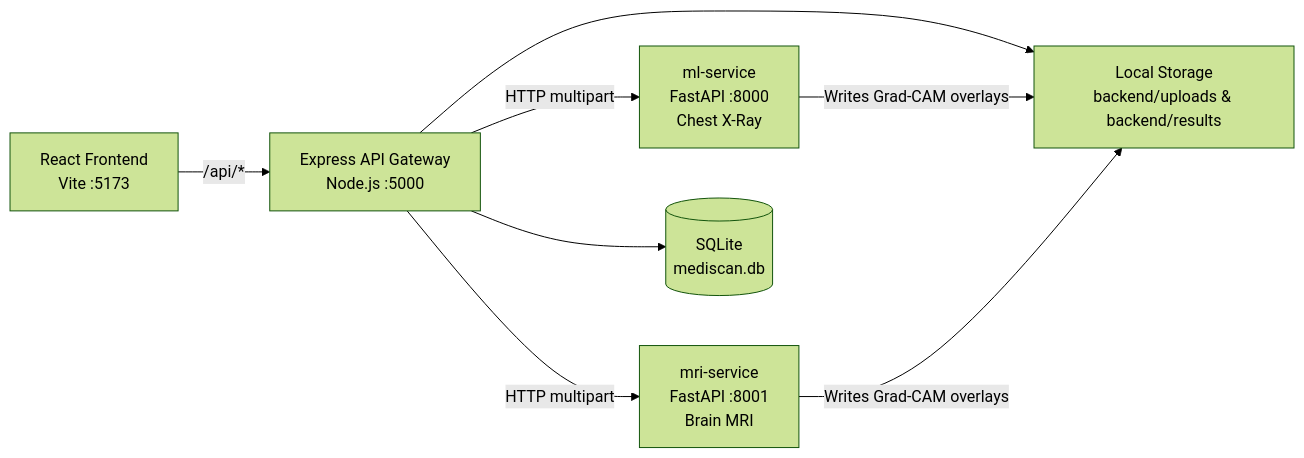
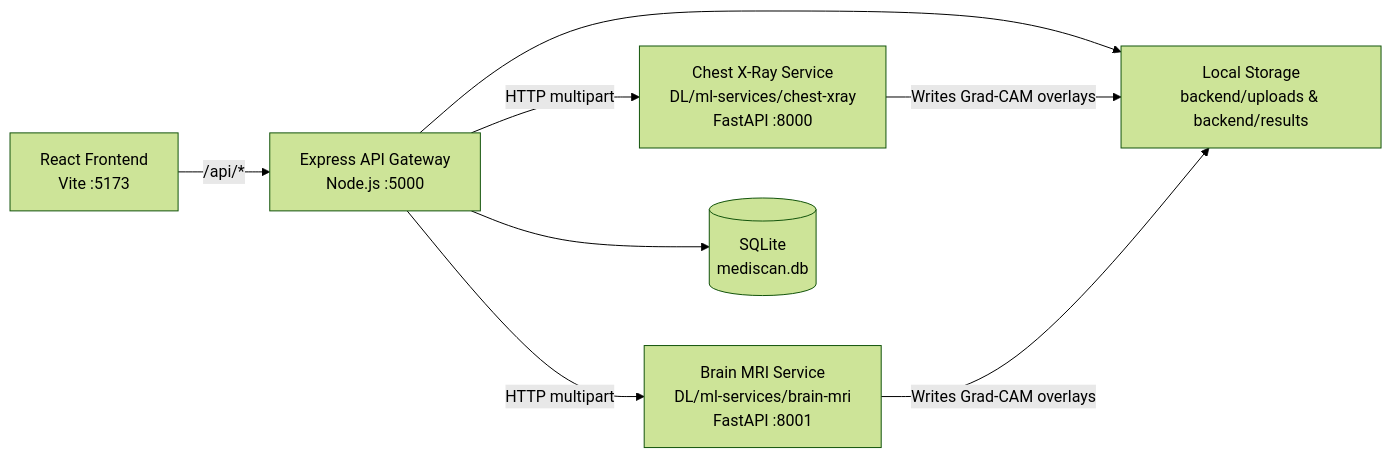
The first of 2 diagrams in README.md (swappy999/MEDISCAN-AI), drawn with Mermaid (forest theme) before and after one commit. The commit also changed other lines of this file and 394 other files, not shown here.

Commit message:
Restructure repository into modular backend, DL, and frontend architecture

````diff
--- a/README.md
+++ b/README.md
@@ -43,10 +43,10 @@
 ```mermaid
 flowchart LR
     UI["React Frontend<br/>Vite :5173"] -->|"/api/*"| API["Express API Gateway<br/>Node.js :5000"]
-    API -->|"HTTP multipart"| CXR["ml-service<br/>FastAPI :8000<br/>Chest X-Ray"]
-    API -->|"HTTP multipart"| MRI["mri-service<br/>FastAPI :8001<br/>Brain MRI"]
+    API -->|"HTTP multipart"| CXR["Chest X-Ray Service<br/>DL/ml-services/chest-xray<br/>FastAPI :8000"]
+    API -->|"HTTP multipart"| MRI["Brain MRI Service<br/>DL/ml-services/brain-mri<br/>FastAPI :8001"]
     API --> DB[("SQLite<br/>mediscan.db")]
     API --> RES["Local Storage<br/>backend/uploads & backend/results"]
     CXR -->|"Writes Grad-CAM overlays"| RES
     MRI -->|"Writes Grad-CAM overlays"| RES
 ```
````
